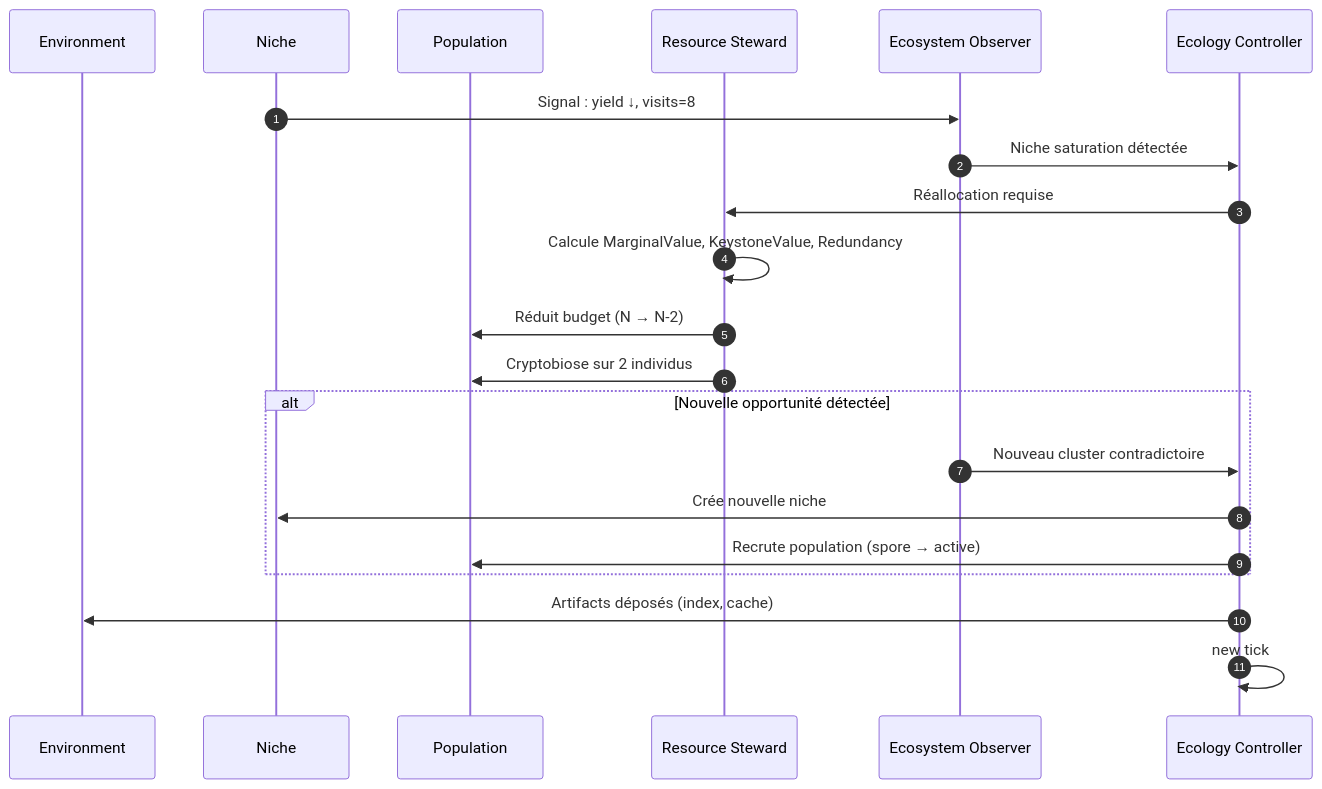
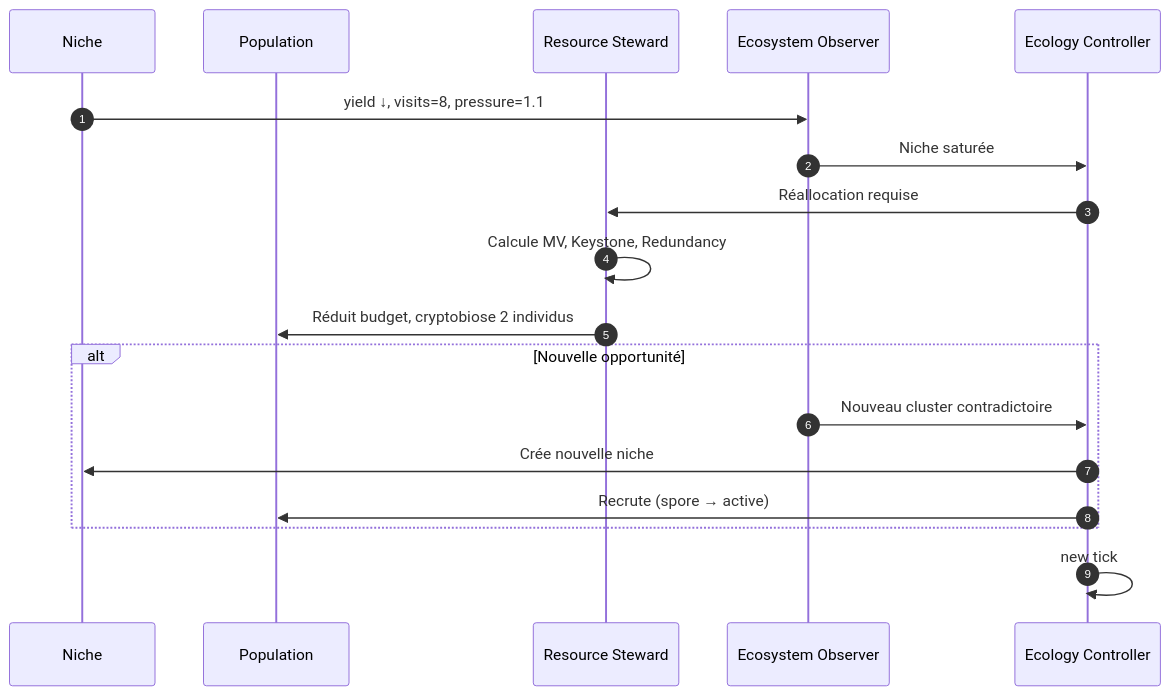
Before and after one commit to PISSARAW/GenOS: the second of 4 diagrams in docs/02-orchestration/topologies/biome.md, drawn with Mermaid. The commit also changed other lines of this file and 4 other files, not shown here.

````diff
--- a/docs/02-orchestration/topologies/biome.md
+++ b/docs/02-orchestration/topologies/biome.md
@@ -1072,27 +1003,24 @@
 ```mermaid
 sequenceDiagram
     autonumber
-    participant Env as Environment
     participant Niche as Niche
     participant Pop as Population
     participant Steward as Resource Steward
     participant Observer as Ecosystem Observer
     participant Controller as Ecology Controller
 
-    Niche->>Observer: Signal : yield ↓, visits=8
-    Observer->>Controller: Niche saturation détectée
-    Controller->>Steward: Réallocation requise
+    Niche->>Observer : yield ↓, visits=8, pressure=1.1
+    Observer->>Controller : Niche saturée
 
-    Steward->>Steward: Calcule MarginalValue, KeystoneValue, Redundancy
-    Steward->>Pop: Réduit budget (N → N-2)
-    Steward->>Pop: Cryptobiose sur 2 individus
+    Controller->>Steward : Réallocation requise
+    Steward->>Steward : Calcule MV, Keystone, Redundancy
+    Steward->>Pop : Réduit budget, cryptobiose 2 individus
 
-    alt Nouvelle opportunité détectée
-        Observer->>Controller: Nouveau cluster contradictoire
-        Controller->>Niche: Crée nouvelle niche
-        Controller->>Pop: Recrute population (spore → active)
+    alt Nouvelle opportunité
+        Observer->>Controller : Nouveau cluster contradictoire
+        Controller->>Niche : Crée nouvelle niche
+        Controller->>Pop : Recrute (spore → active)
     end
 
-    Controller->>Env: Artifacts déposés (index, cache)
-    Controller->>Controller: new tick
+    Controller->>Controller : new tick
 ```
````
